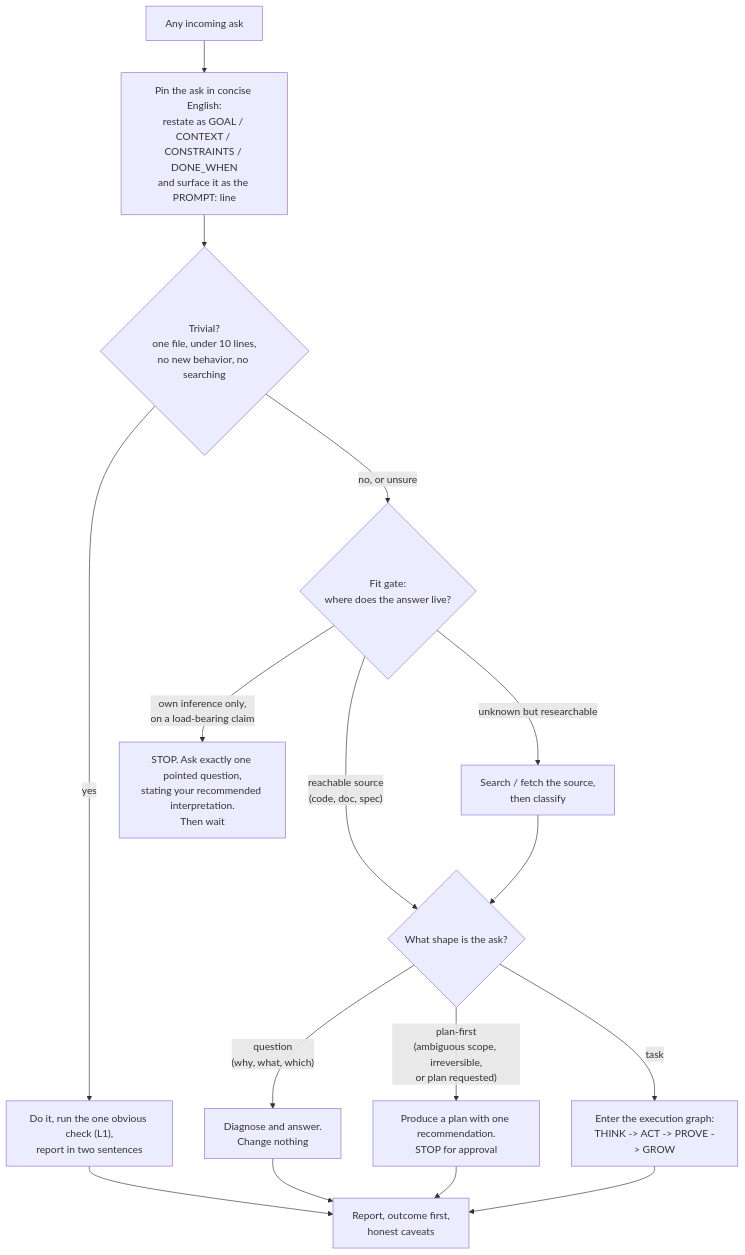
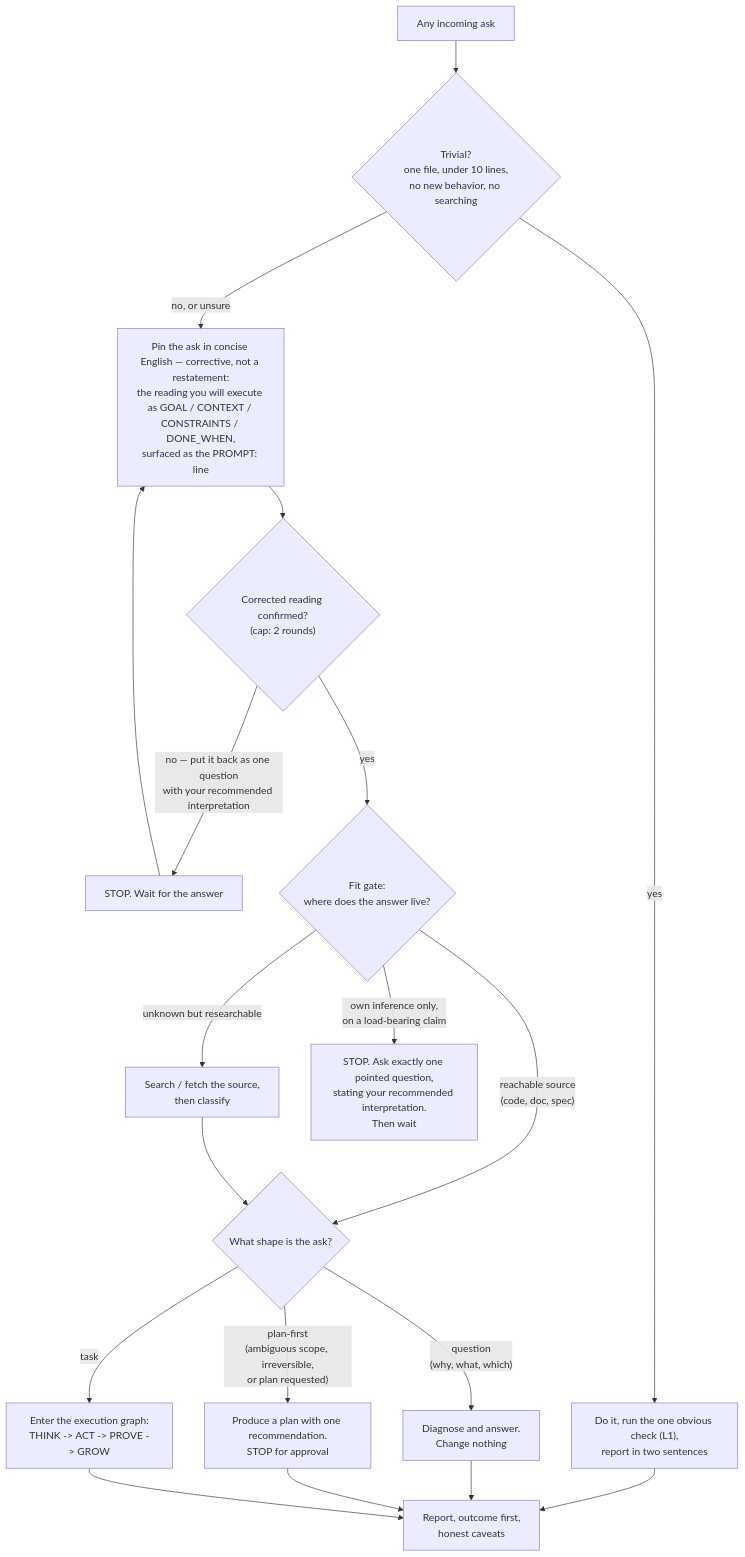
The first of 6 diagrams in skills/verification/references/flowcharts.md (bouroo/agents), drawn with Mermaid before and after one commit. The commit also changed 2 other files, not shown here.

Commit message:
docs(core): require confirmation before acting on inferred reading
Update the governing instructions, craft guidance, and intake flowchart so inferred corrections are confirmed before execution.

Preserve the trivial-task exception and align the PROMPT, INTENT, classification, and stop conditions across all references.

````diff
--- a/skills/verification/references/flowcharts.md
+++ b/skills/verification/references/flowcharts.md
@@ -7,18 +7,21 @@
 ```mermaid
 flowchart TD
-    IN["Any incoming ask"] --> PIN["Pin the ask in concise English:<br/>restate as GOAL / CONTEXT / CONSTRAINTS / DONE_WHEN<br/>and surface it as the PROMPT: line"]
-    PIN --> TRIV{"Trivial?<br/>one file, under 10 lines,<br/>no new behavior, no searching"}
+    IN["Any incoming ask"] --> TRIV{"Trivial?<br/>one file, under 10 lines,<br/>no new behavior, no searching"}
     TRIV -->|yes| DOIT["Do it, run the one obvious check (L1),<br/>report in two sentences"]
-    TRIV -->|no, or unsure| FIT{"Fit gate:<br/>where does the answer live?"}
+    TRIV -->|no, or unsure| PIN["Pin the ask in concise English — corrective, not a restatement:<br/>the reading you will execute as GOAL / CONTEXT / CONSTRAINTS / DONE_WHEN,<br/>surfaced as the PROMPT: line"]
+    PIN --> CONF{"Corrected reading confirmed?<br/>(cap: 2 rounds)"}
+    CONF -->|"no — put it back as one question<br/>with your recommended interpretation"| WAIT["STOP. Wait for the answer"]
+    WAIT --> PIN
+    CONF -->|yes| FIT{"Fit gate:<br/>where does the answer live?"}
     FIT -->|"reachable source<br/>(code, doc, spec)"| SHAPE{"What shape is the ask?"}
     FIT -->|unknown but researchable| SRCH["Search / fetch the source,<br/>then classify"]
     FIT -->|"own inference only,<br/>on a load-bearing claim"| STOPASK["STOP. Ask exactly one pointed question,<br/>stating your recommended interpretation.<br/>Then wait"]
     SRCH --> SHAPE
     SHAPE -->|"question<br/>(why, what, which)"| ANSWER["Diagnose and answer.<br/>Change nothing"]
     SHAPE -->|"plan-first<br/>(ambiguous scope, irreversible,<br/>or plan requested)"| PLAN["Produce a plan with one recommendation.<br/>STOP for approval"]
     SHAPE -->|task| GRAPH["Enter the execution graph:<br/>THINK -> ACT -> PROVE -> GROW"]
     DOIT --> OUT["Report, outcome first,<br/>honest caveats"]
     ANSWER --> OUT
     PLAN --> OUT
     GRAPH --> OUT
 ```
````
